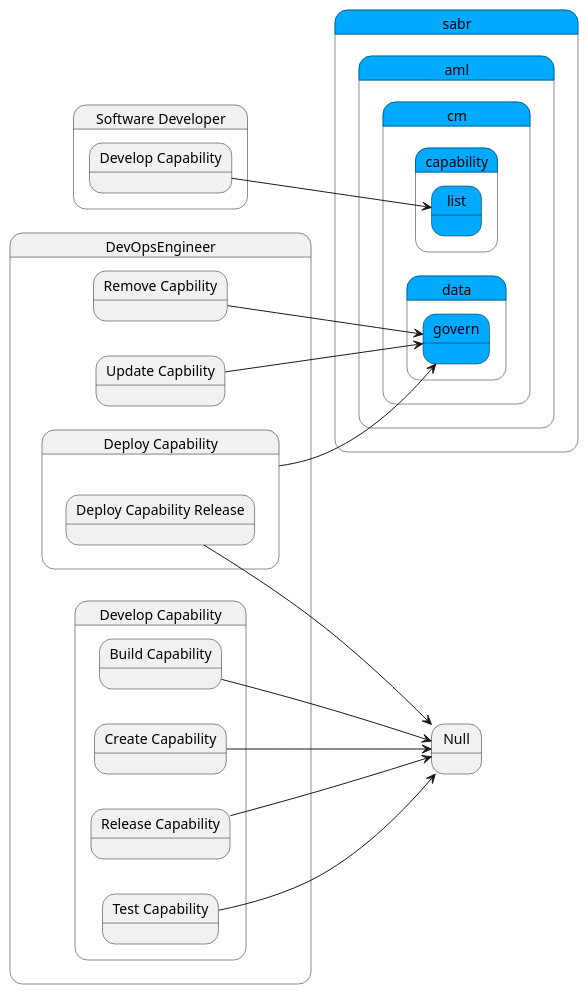
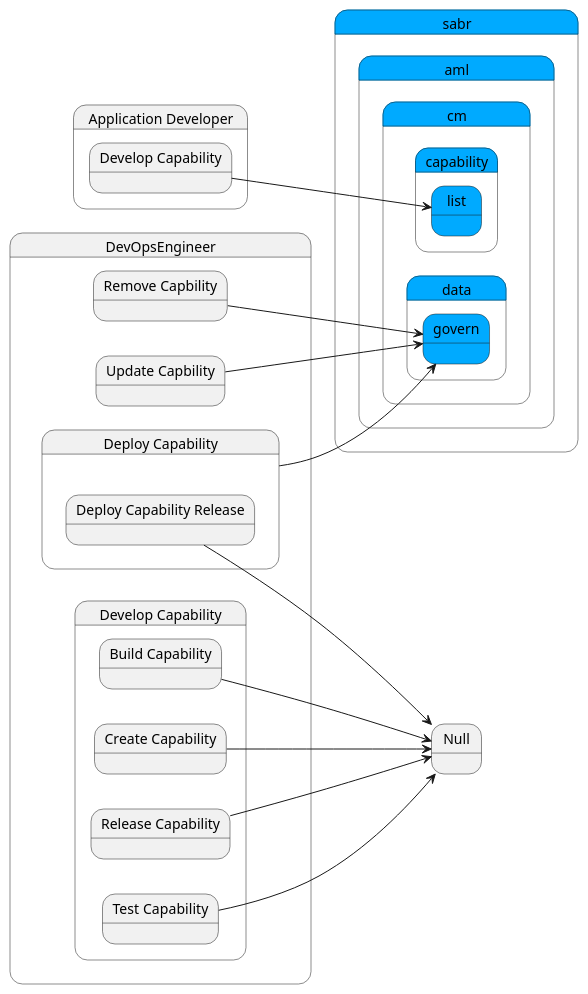
The diagram in docs/sabr/aml/cm/scenariomapping.puml (madajaju/sabr), drawn with PlantUML before and after one commit. The commit also changed 597 other files, not shown here.

```diff
--- a/docs/sabr/aml/cm/scenariomapping.puml
+++ b/docs/sabr/aml/cm/scenariomapping.puml
@@ -1,133 +1,133 @@
 @startuml
 left to right direction
 
 
 
 state "DevOpsEngineer" as DevOpsEngineer {
     state "Deploy Capability" as DevOpsEngineerDeployCapability {
     }
 }
 state "sabr" as sabr #00aaff {
 state "aml" as sabraml #00aaff {
 state "cm" as sabramlcm #00aaff {
 state "data" as sabramlcmdata #00aaff {
 state "govern" as sabramlcmdatagovern #00aaff {
 }
 }
 }
 }
 }
 
 DevOpsEngineerDeployCapability --> sabramlcmdatagovern
 
 
     state "DevOpsEngineer" as DevOpsEngineer {
         state "Deploy Capability" as DevOpsEngineerDeployCapability {
             state "Deploy Capability Release" as DevOpsEngineerDeployCapabilityDeployCapabilityRelease {
             }
         }
     }
     
     DevOpsEngineerDeployCapabilityDeployCapabilityRelease --> Null
     
  
  
-state "Software Developer" as SoftwareDeveloper {
-    state "Develop Capability" as SoftwareDeveloperDevelopCapability {
+state "Application Developer" as ApplicationDeveloper {
+    state "Develop Capability" as ApplicationDeveloperDevelopCapability {
     }
 }
 state "sabr" as sabr #00aaff {
 state "aml" as sabraml #00aaff {
 state "cm" as sabramlcm #00aaff {
 state "capability" as sabramlcmcapability #00aaff {
 state "list" as sabramlcmcapabilitylist #00aaff {
 }
 }
 }
 }
 }
 
-SoftwareDeveloperDevelopCapability --> sabramlcmcapabilitylist
+ApplicationDeveloperDevelopCapability --> sabramlcmcapabilitylist
 
 
     state "DevOpsEngineer" as DevOpsEngineer {
         state "Develop Capability" as DevOpsEngineerDevelopCapability {
             state "Build Capability" as DevOpsEngineerDevelopCapabilityBuildCapability {
             }
         }
     }
     
     DevOpsEngineerDevelopCapabilityBuildCapability --> Null
     
  
     state "DevOpsEngineer" as DevOpsEngineer {
         state "Develop Capability" as DevOpsEngineerDevelopCapability {
             state "Create Capability" as DevOpsEngineerDevelopCapabilityCreateCapability {
             }
         }
     }
     
     DevOpsEngineerDevelopCapabilityCreateCapability --> Null
     
  
     state "DevOpsEngineer" as DevOpsEngineer {
         state "Develop Capability" as DevOpsEngineerDevelopCapability {
             state "Release Capability" as DevOpsEngineerDevelopCapabilityReleaseCapability {
             }
         }
     }
     
     DevOpsEngineerDevelopCapabilityReleaseCapability --> Null
     
  
     state "DevOpsEngineer" as DevOpsEngineer {
         state "Develop Capability" as DevOpsEngineerDevelopCapability {
             state "Test Capability" as DevOpsEngineerDevelopCapabilityTestCapability {
             }
         }
     }
     
     DevOpsEngineerDevelopCapabilityTestCapability --> Null
     
  
  
 state "DevOpsEngineer" as DevOpsEngineer {
     state "Remove Capbility" as DevOpsEngineerRemoveCapbility {
     }
 }
 state "sabr" as sabr #00aaff {
 state "aml" as sabraml #00aaff {
 state "cm" as sabramlcm #00aaff {
 state "data" as sabramlcmdata #00aaff {
 state "govern" as sabramlcmdatagovern #00aaff {
 }
 }
 }
 }
 }
 
 DevOpsEngineerRemoveCapbility --> sabramlcmdatagovern
 
 
  
 state "DevOpsEngineer" as DevOpsEngineer {
     state "Update Capbility" as DevOpsEngineerUpdateCapbility {
     }
 }
 state "sabr" as sabr #00aaff {
 state "aml" as sabraml #00aaff {
 state "cm" as sabramlcm #00aaff {
 state "data" as sabramlcmdata #00aaff {
 state "govern" as sabramlcmdatagovern #00aaff {
 }
 }
 }
 }
 }
 
 DevOpsEngineerUpdateCapbility --> sabramlcmdatagovern
 
 
  
 
 @enduml
```
